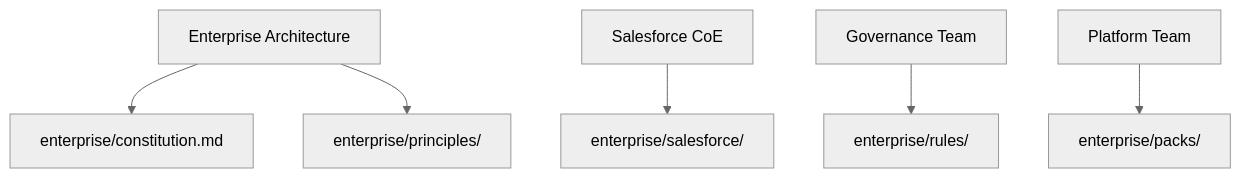
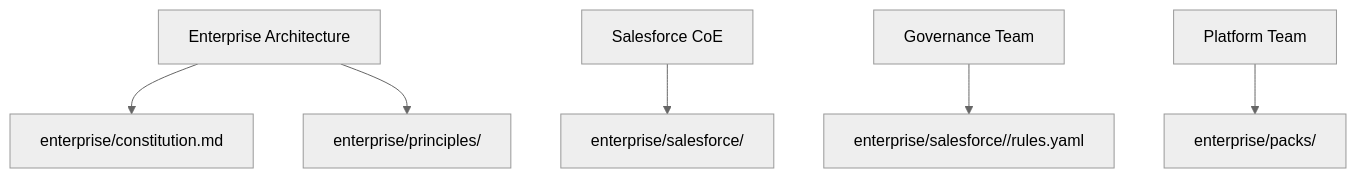
The second of 26 diagrams in docs/enterprise-architecture-guide.md (salesforceseeker41-sys/spec-kit), drawn with Mermaid (neutral theme) before and after one commit. The commit also changed other lines of this file and 420 other files, not shown here.

````diff
--- a/docs/enterprise-architecture-guide.md
+++ b/docs/enterprise-architecture-guide.md
@@ -51,8 +51,8 @@
 ```mermaid
 flowchart TD
     EA[Enterprise Architecture] --> Constitution[enterprise/constitution.md]
     EA --> Principles[enterprise/principles/]
     CoE[Salesforce CoE] --> Standards[enterprise/salesforce/]
-    Governance[Governance Team] --> Rules[enterprise/rules/]
+    Governance[Governance Team] --> Rules[enterprise/salesforce/<domain>/rules.yaml]
     Platform[Platform Team] --> Packs[enterprise/packs/]
 ```
````
